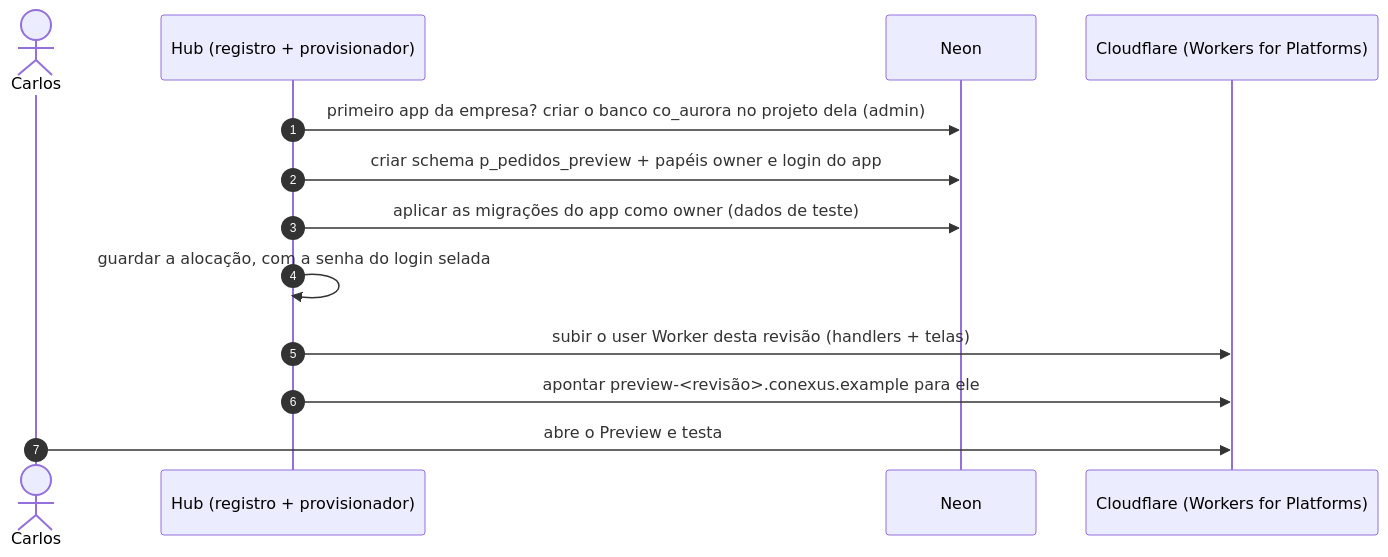
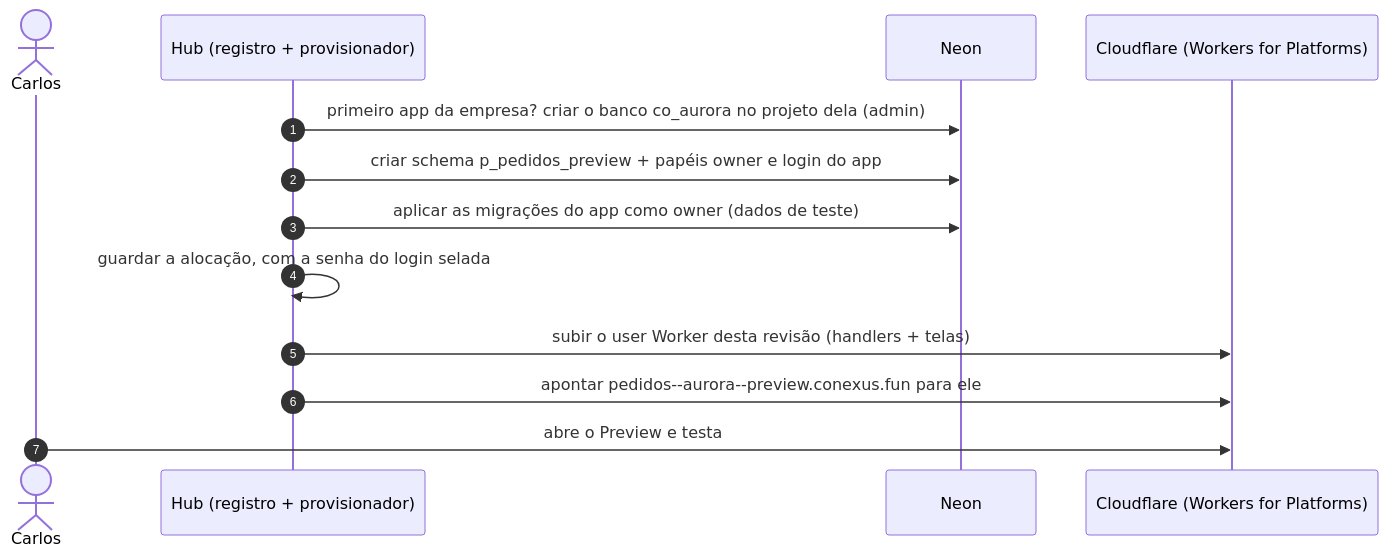
One commit to developmentconexus-ops/conexus-os changed the sixth of 8 diagrams in docs/research/architecture/target-design.md. Above: the diagram before and after it, drawn with Mermaid. The commit also changed other lines of this file and 1 other file, not shown here.

First line of the commit message:
docs(research): operator answers: one domain conexus.fun, model accounts per company, risk reduction plan

````diff
--- a/docs/research/architecture/target-design.md
+++ b/docs/research/architecture/target-design.md
@@ -349,15 +349,15 @@
 ```mermaid
 sequenceDiagram
   autonumber
   actor Carlos as Carlos
   participant Hub as Hub (registro + provisionador)
   participant N as Neon
   participant CF as Cloudflare (Workers for Platforms)
   Hub->>N: primeiro app da empresa? criar o banco co_aurora no projeto dela (admin)
   Hub->>N: criar schema p_pedidos_preview + papéis owner e login do app
   Hub->>N: aplicar as migrações do app como owner (dados de teste)
   Hub->>Hub: guardar a alocação, com a senha do login selada
   Hub->>CF: subir o user Worker desta revisão (handlers + telas)
-  Hub->>CF: apontar preview-<revisão>.conexus.example para ele
+  Hub->>CF: apontar pedidos--aurora--preview.conexus.fun para ele
   Carlos->>CF: abre o Preview e testa
 ```
````
